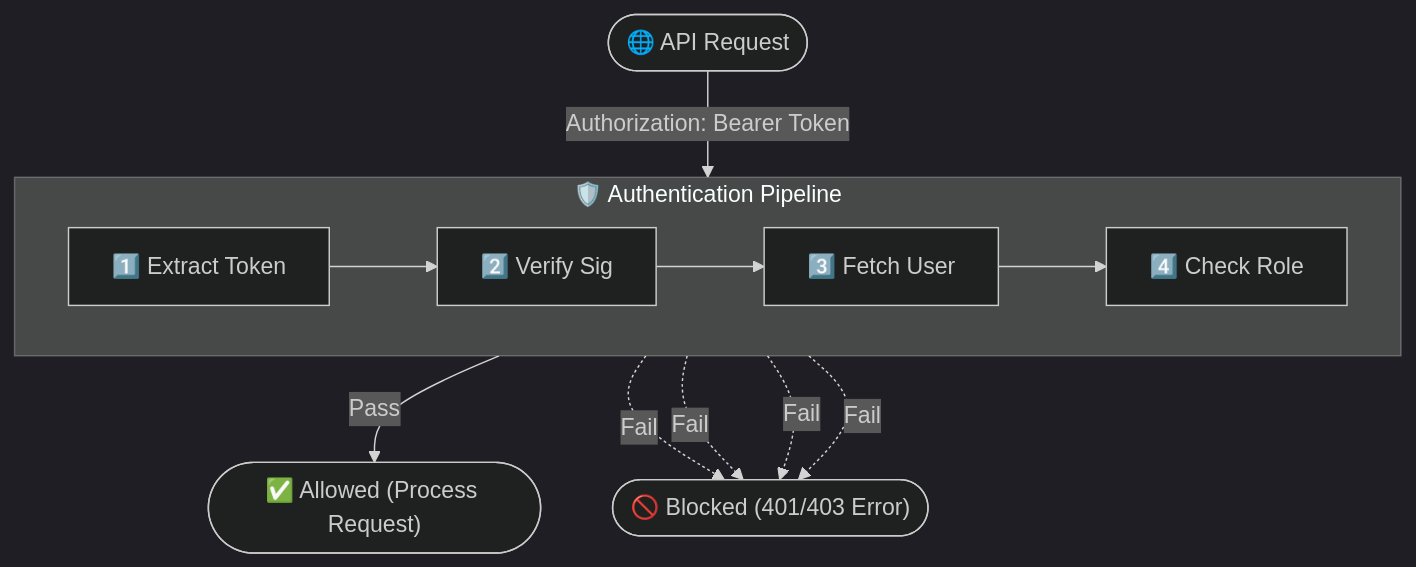
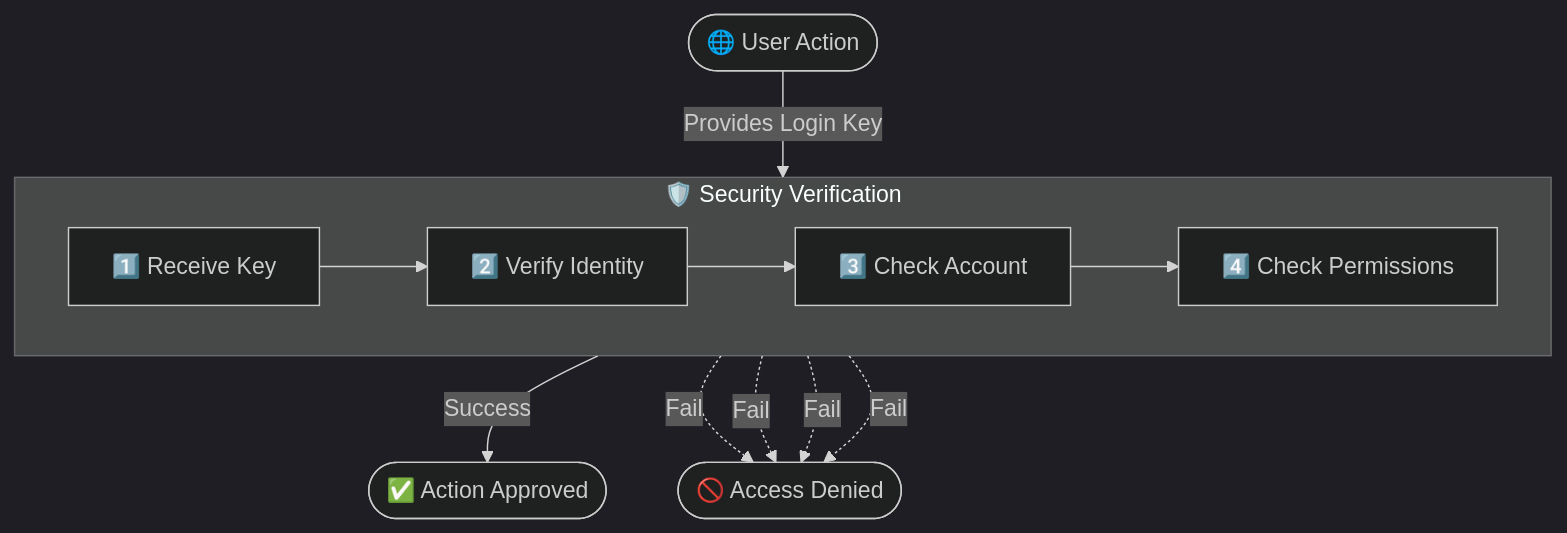
The second of 2 diagrams in README.md (Himanshu-Singh11/Feedback-Collector), drawn with Mermaid (dark theme) before and after one commit. The commit also changed other lines of this file, not shown here.

Commit message:
docs: Simplify Security diagram and table for better non-technical readability

````diff
--- a/README.md
+++ b/README.md
@@ -107,25 +107,25 @@
 ```mermaid
 flowchart TD
-    Request(["🌐 API Request"])
+    Request(["🌐 User Action"])
     
-    subgraph Middleware ["🛡️ Authentication Pipeline"]
+    subgraph Middleware ["🛡️ Security Verification"]
         direction LR
-        T["1️⃣ Extract Token"]
-        V["2️⃣ Verify Sig"]
-        U["3️⃣ Fetch User"]
-        R["4️⃣ Check Role"]
+        T["1️⃣ Receive Key"]
+        V["2️⃣ Verify Identity"]
+        U["3️⃣ Check Account"]
+        R["4️⃣ Check Permissions"]
         
         T --> V --> U --> R
     end
     
-    Block(["🚫 Blocked (401/403 Error)"])
-    Allow(["✅ Allowed (Process Request)"])
+    Block(["🚫 Access Denied"])
+    Allow(["✅ Action Approved"])
 
-    Request -- "Authorization: Bearer Token" --> Middleware
-    R -- "Pass" --> Allow
+    Request -- "Provides Login Key" --> Middleware
+    R -- "Success" --> Allow
     
     T -. "Fail" .-> Block
     V -. "Fail" .-> Block
     U -. "Fail" .-> Block
     R -. "Fail" .-> Block
 ```
````
